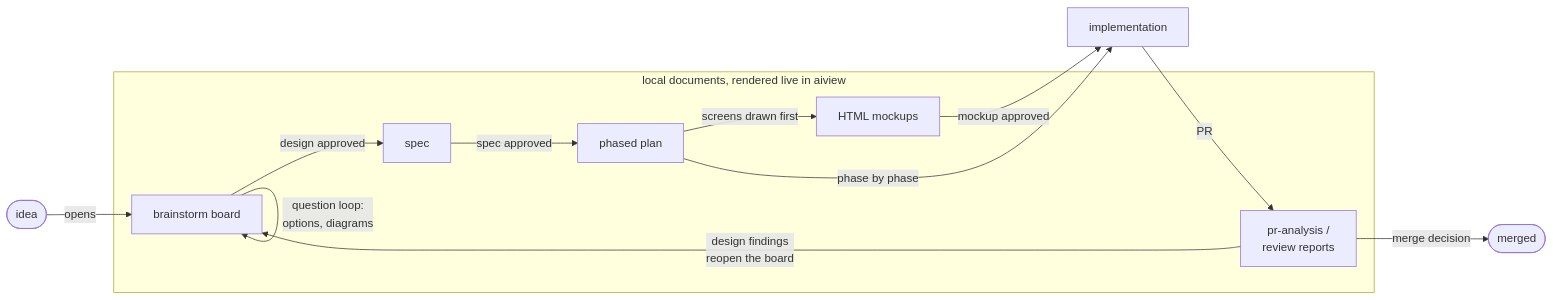
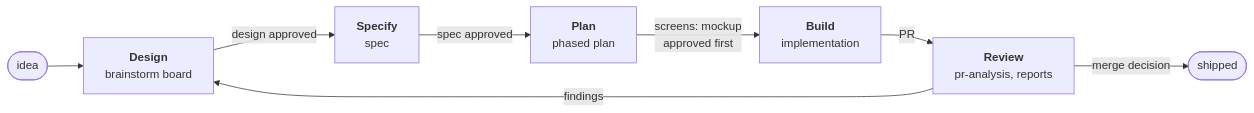
Before and after one commit to Ovich/charrette: the diagram in README.md, drawn with Mermaid. The commit also changed other lines of this file, not shown here.

Commit message:
docs: agile-style cycle diagram: five phases, gated arrows, findings close the loop
Claude-Session: https://claude.ai/code/session_01Bbwxd5uhaApEuHVqP3PWNk

````diff
--- a/README.md
+++ b/README.md
@@ -54,20 +55,10 @@
 ```mermaid
 flowchart LR
-  idea([idea]) -->|"opens"| board
-  subgraph docs["local documents, rendered live in aiview"]
-    board["brainstorm board"]
-    spec["spec"]
-    plan["phased plan"]
-    mockup["HTML mockups"]
-    analysis["pr-analysis /<br/>review reports"]
-  end
-  board -->|"question loop:<br/>options, diagrams"| board
-  board -->|"design approved"| spec
-  spec -->|"spec approved"| plan
-  plan -->|"screens drawn first"| mockup
-  mockup -->|"mockup approved"| code["implementation"]
-  plan -->|"phase by phase"| code
-  code -->|"PR"| analysis
-  analysis -->|"merge decision"| merged([merged])
-  analysis -->|"design findings<br/>reopen the board"| board
+  idea([idea]) --> design
+  design["<b>Design</b><br/>brainstorm board"] -->|"design approved"| specify["<b>Specify</b><br/>spec"]
+  specify -->|"spec approved"| plan["<b>Plan</b><br/>phased plan"]
+  plan -->|"screens: mockup<br/>approved first"| build["<b>Build</b><br/>implementation"]
+  build -->|"PR"| review["<b>Review</b><br/>pr-analysis, reports"]
+  review -->|"merge decision"| shipped([shipped])
+  review -->|"findings"| design
 ```
````
